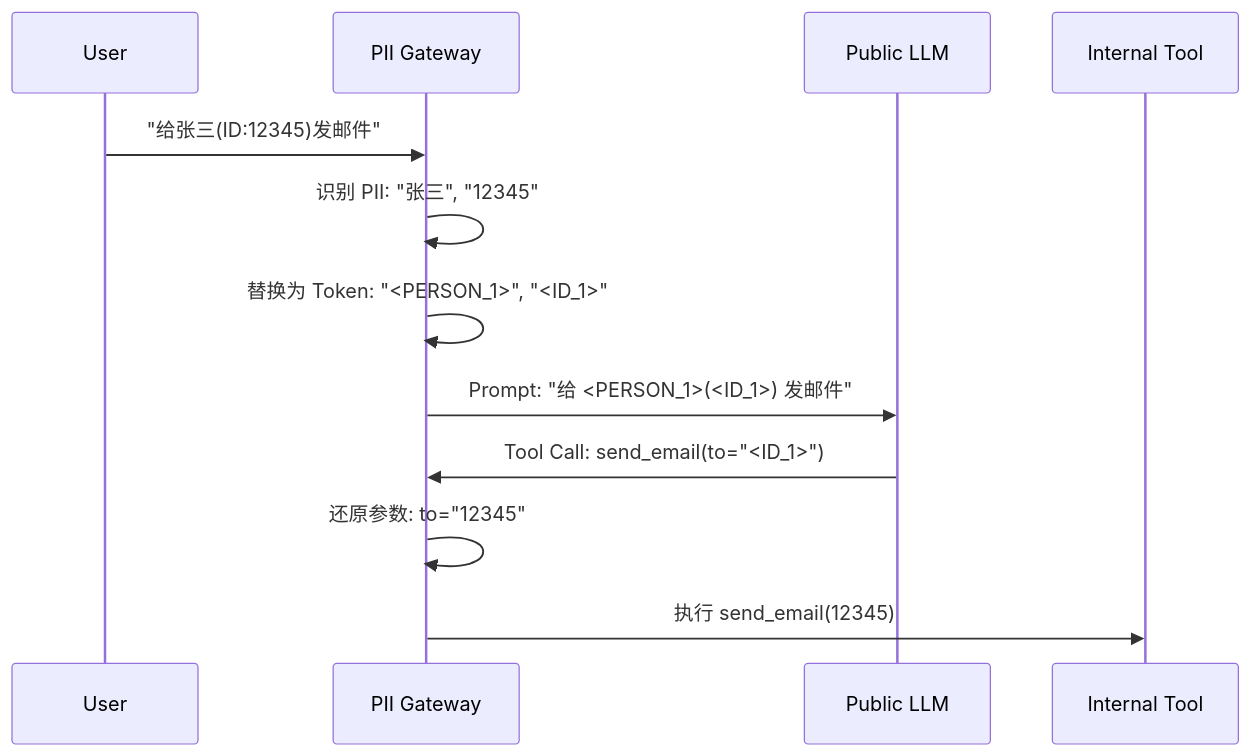
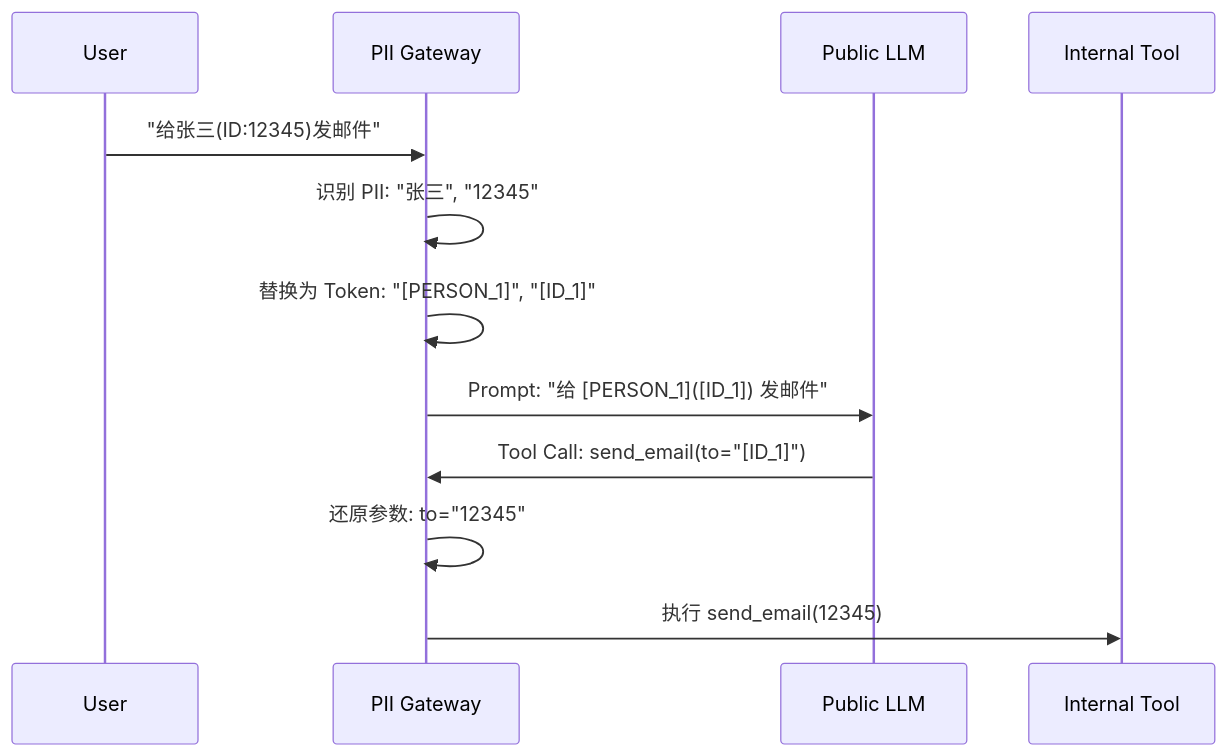
The third of 3 diagrams in 09_agentops/9.4_enterprise.md (yeasy/agentic_ai_guide), drawn with Mermaid before and after one commit. The commit also changed 3 other files, not shown here.

Commit message:
Fix SUMMARY.md anchor links and Mermaid syntax errors

````diff
--- a/09_agentops/9.4_enterprise.md
+++ b/09_agentops/9.4_enterprise.md
@@ -175,18 +175,18 @@
 ```mermaid
 sequenceDiagram
     participant User
     participant Gateway as PII Gateway
     participant LLM as Public LLM
     participant Tool as Internal Tool
 
     User->>Gateway: "给张三(ID:12345)发邮件"
     
     Gateway->>Gateway: 识别 PII: "张三", "12345"
-    Gateway->>Gateway: 替换为 Token: "<PERSON_1>", "<ID_1>"
-    
-    Gateway->>LLM: Prompt: "给 <PERSON_1>(<ID_1>) 发邮件"
-    LLM->>Gateway: Tool Call: send_email(to="<ID_1>")
+    Gateway->>Gateway: 替换为 Token: "[PERSON_1]", "[ID_1]"
+
+    Gateway->>LLM: Prompt: "给 [PERSON_1]([ID_1]) 发邮件"
+    LLM->>Gateway: Tool Call: send_email(to="[ID_1]")
     
     Gateway->>Gateway: 还原参数: to="12345"
     Gateway->>Tool: 执行 send_email(12345)
 ```
````
